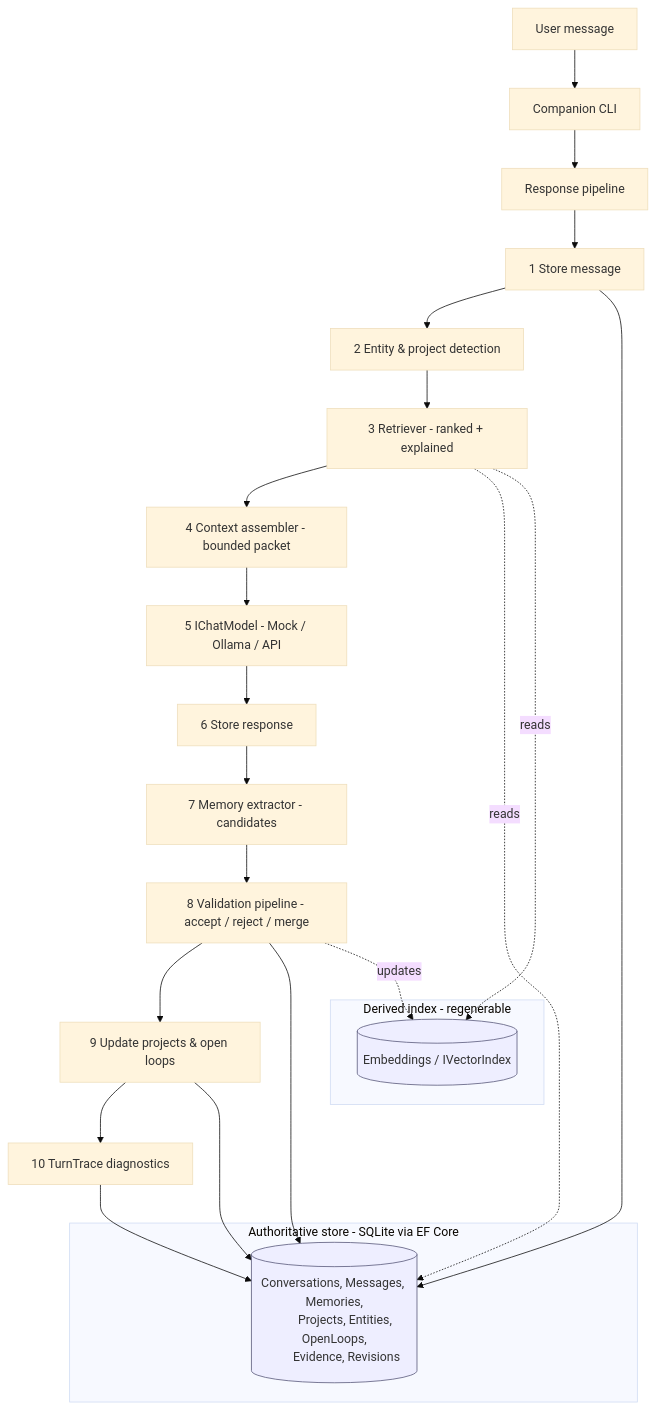
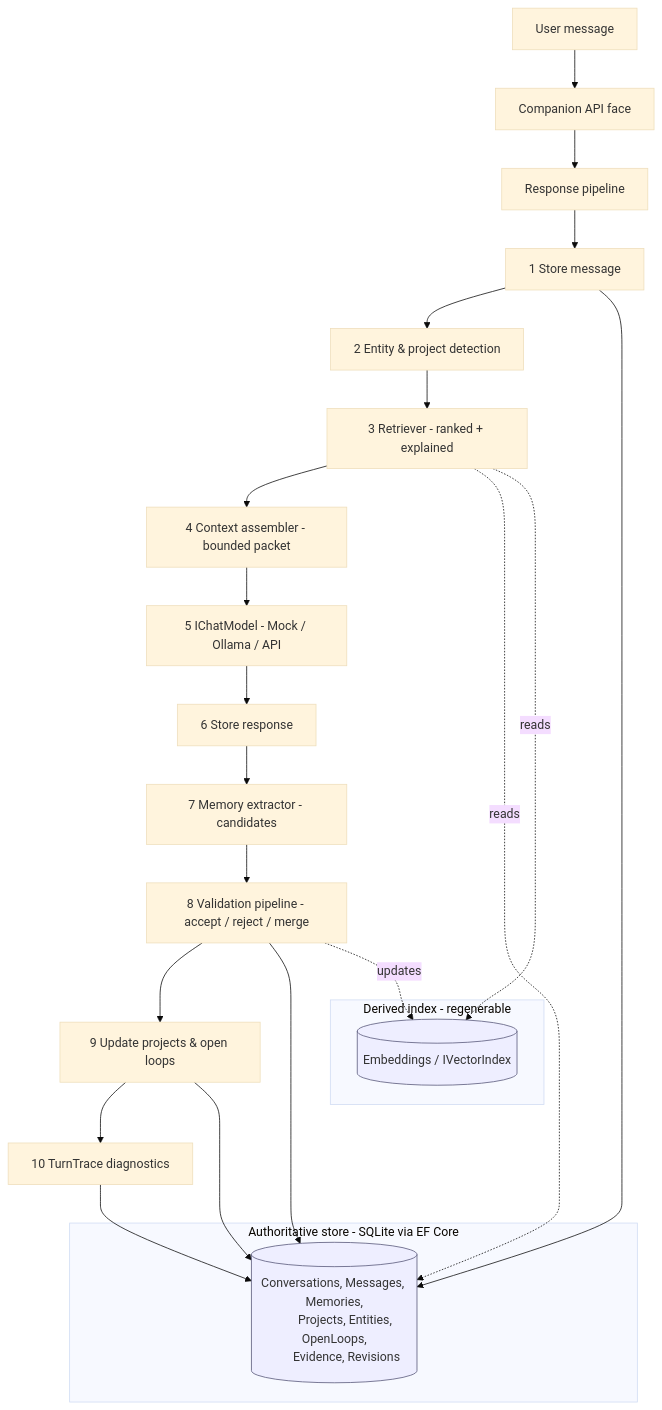
Before and after one commit to sdonald1976/Persisten_AI: the diagram in docs/PERSISTENT_COMPANION_ARCHITECTURE.md, drawn with Mermaid (base theme). The commit also changed other lines of this file and 12 other files, not shown here.

````diff
--- a/docs/PERSISTENT_COMPANION_ARCHITECTURE.md
+++ b/docs/PERSISTENT_COMPANION_ARCHITECTURE.md
@@ -237,37 +239,37 @@
 ```mermaid
 flowchart TD
-    U[User message] --> CLI[Companion CLI]
-    CLI --> P[Response pipeline]
+    U[User message] --> F[Companion API face]
+    F --> P[Response pipeline]
 
     P --> S1[1 Store message]
     S1 --> ER[2 Entity & project detection]
     ER --> R[3 Retriever - ranked + explained]
     R --> CA[4 Context assembler - bounded packet]
     CA --> M[5 IChatModel - Mock / Ollama / API]
     M --> S2[6 Store response]
     S2 --> EX[7 Memory extractor - candidates]
     EX --> VP[8 Validation pipeline - accept / reject / merge]
     VP --> UP[9 Update projects & open loops]
     UP --> T[10 TurnTrace diagnostics]
 
     subgraph AUTH[Authoritative store - SQLite via EF Core]
       DB[(Conversations, Messages, Memories,
         Projects, Entities, OpenLoops,
         Evidence, Revisions)]
     end
 
     subgraph IDX[Derived index - regenerable]
       VEC[(Embeddings / IVectorIndex)]
     end
 
     S1 --> DB
     R -.reads.-> DB
     R -.reads.-> VEC
     VP --> DB
     VP -.updates.-> VEC
     UP --> DB
     T --> DB
 
     classDef store fill:#eef,stroke:#557;
     class DB,VEC store;
 ```
````
